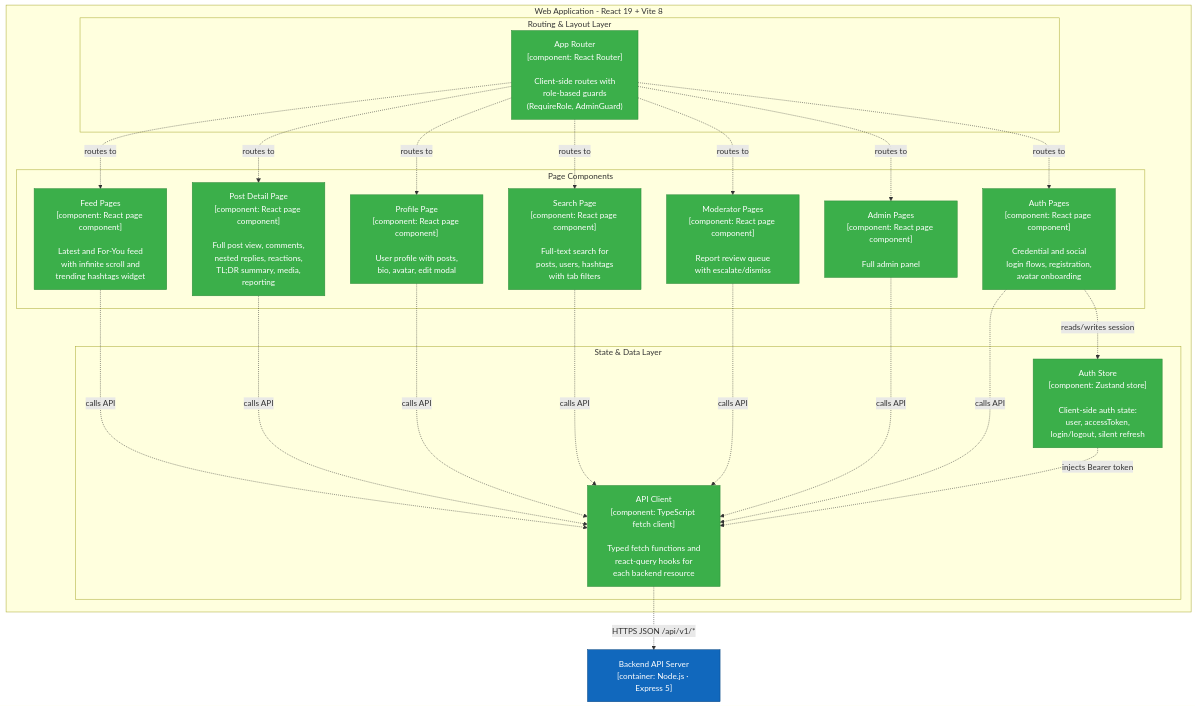
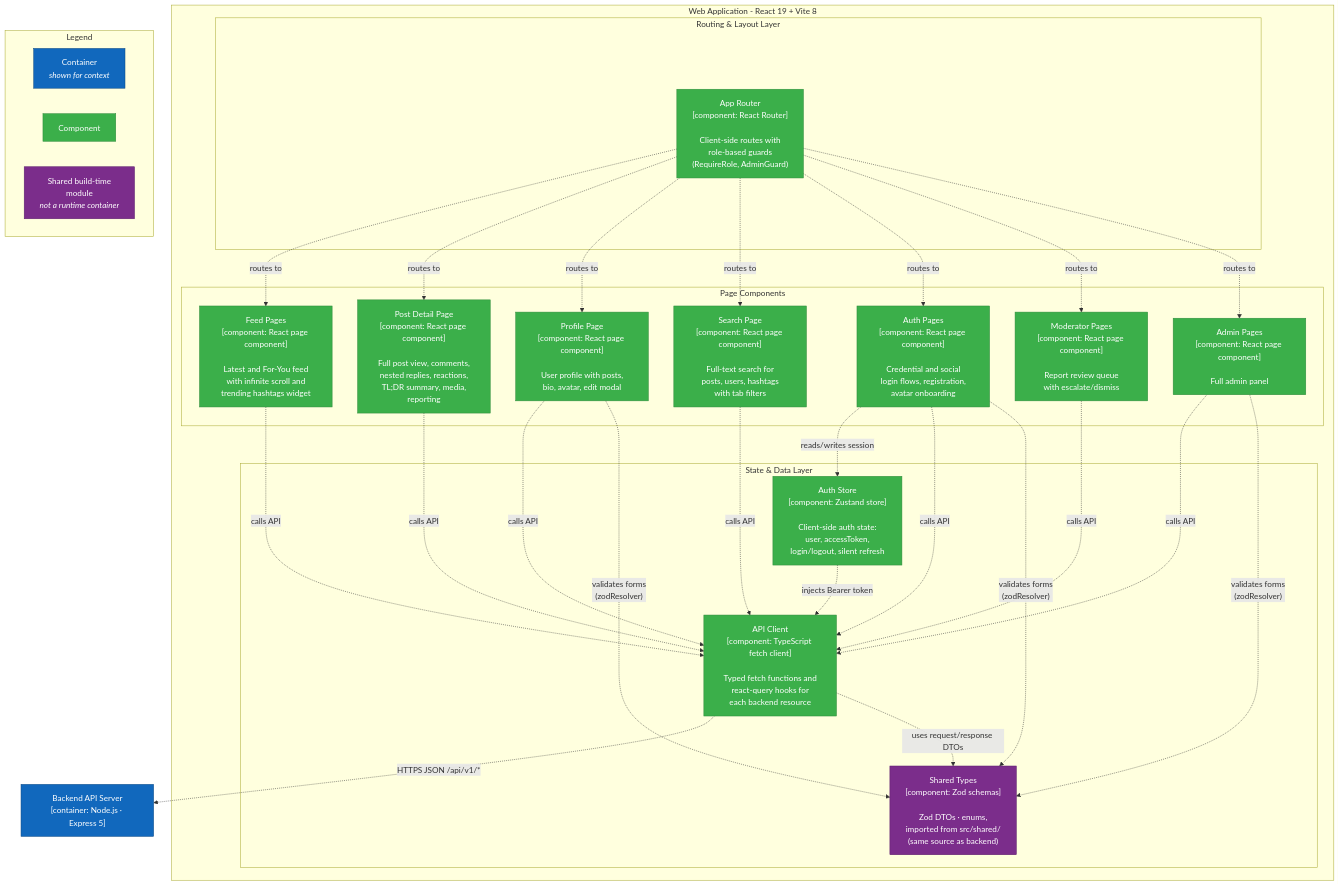
Before and after one commit to anvn12/FOZ: the third of 7 diagrams in docs/01 - PA/PA4-Group06/PA4.md, drawn with Mermaid. The commit also changed other lines of this file, not shown here.

Commit message:
docs: added notation and refine diagrams

````diff
--- a/docs/01 - PA/PA4-Group06/PA4.md
+++ b/docs/01 - PA/PA4-Group06/PA4.md
@@ -2393,53 +2413,71 @@
 ```mermaid
 flowchart TD
     API_EXT["Backend API Server<br/>[container: Node.js · Express 5]"]
 
     subgraph spa ["Web Application - React 19 + Vite 8"]
 
         subgraph routing ["Routing & Layout Layer"]
             Router["App Router<br/>[component: React Router]<br/><br/>Client-side routes with<br/>role-based guards<br/>(RequireRole, AdminGuard)"]
         end
 
         subgraph pages ["Page Components"]
             FeedPages["Feed Pages<br/>[component: React page component]<br/><br/>Latest and For-You feed<br/>with infinite scroll and<br/>trending hashtags widget"]
             PostPage["Post Detail Page<br/>[component: React page component]<br/><br/>Full post view, comments,<br/>nested replies, reactions,<br/>TL;DR summary, media,<br/>reporting"]
             ProfilePage["Profile Page<br/>[component: React page component]<br/><br/>User profile with posts,<br/>bio, avatar, edit modal"]
             SearchPage["Search Page<br/>[component: React page component]<br/><br/>Full-text search for<br/>posts, users, hashtags<br/>with tab filters"]
             AuthPages["Auth Pages<br/>[component: React page component]<br/><br/>Credential and social<br/>login flows, registration,<br/>avatar onboarding"]
             ModPages["Moderator Pages<br/>[component: React page component]<br/><br/>Report review queue<br/>with escalate/dismiss"]
             AdminPages["Admin Pages<br/>[component: React page component]<br/><br/>Full admin panel"]
         end
 
         subgraph state ["State & Data Layer"]
             AuthStore["Auth Store<br/>[component: Zustand store]<br/><br/>Client-side auth state:<br/>user, accessToken,<br/>login/logout, silent refresh"]
             APIClient["API Client<br/>[component: TypeScript fetch client]<br/><br/>Typed fetch functions and<br/>react-query hooks for<br/>each backend resource"]
+            Shared_FE["Shared Types<br/>[component: Zod schemas]<br/><br/>Zod DTOs · enums,<br/>imported from src/shared/<br/>(same source as backend)"]
         end
     end
 
     Router -. "routes to" .-> FeedPages
     Router -. "routes to" .-> PostPage
     Router -. "routes to" .-> ProfilePage
     Router -. "routes to" .-> SearchPage
     Router -. "routes to" .-> AuthPages
     Router -. "routes to" .-> ModPages
     Router -. "routes to" .-> AdminPages
 
     FeedPages -. "calls API" .-> APIClient
     PostPage -. "calls API" .-> APIClient
     ProfilePage -. "calls API" .-> APIClient
     SearchPage -. "calls API" .-> APIClient
     ModPages -. "calls API" .-> APIClient
     AdminPages -. "calls API" .-> APIClient
     AuthPages -. "reads/writes session" .-> AuthStore
     AuthPages -. "calls API" .-> APIClient
 
     AuthStore -. "injects Bearer token" .-> APIClient
     APIClient -. "HTTPS JSON /api/v1/*" .-> API_EXT
 
+    APIClient -. "uses request/response DTOs" .-> Shared_FE
+    AuthPages -. "validates forms<br/>(zodResolver)" .-> Shared_FE
+    AdminPages -. "validates forms<br/>(zodResolver)" .-> Shared_FE
+    ProfilePage -. "validates forms<br/>(zodResolver)" .-> Shared_FE
+
+    subgraph legend ["Legend"]
+        direction LR
+        LegContainerFE["Container<br/><i>shown for context</i>"]
+        LegComponentFE["Component"]
+        LegSharedFE["Shared build-time<br/>module<br/><i>not a runtime container</i>"]
+    end
+
     classDef system fill:#1168bd,stroke:#0b4884,color:#fff
     classDef comp fill:#3baf4a,stroke:#2d8a3a,color:#fff
+    classDef shared fill:#7b2d8b,stroke:#5a1d6b,color:#fff
 
     class API_EXT system
     class Router,FeedPages,PostPage,ProfilePage,SearchPage,AuthPages,ModPages,AdminPages comp
     class AuthStore,APIClient comp
+    class Shared_FE shared
+    class LegContainerFE system
+    class LegComponentFE comp
+    class LegSharedFE shared
 ```
````
